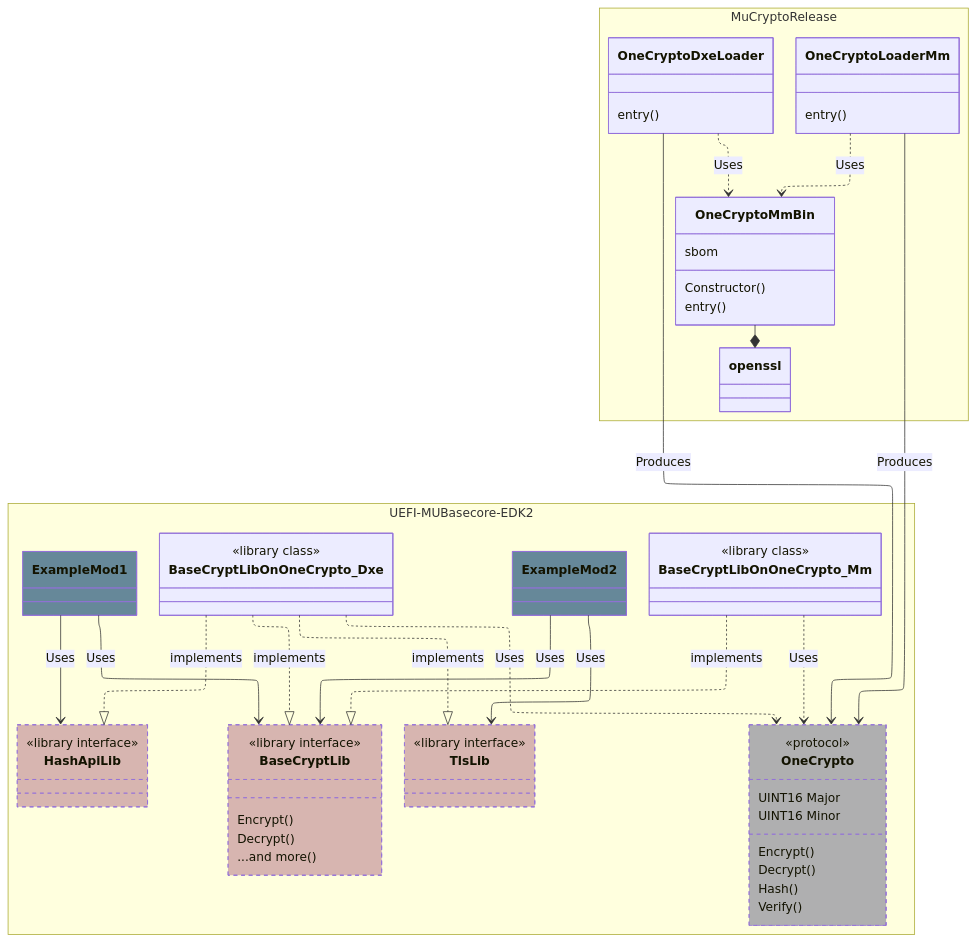
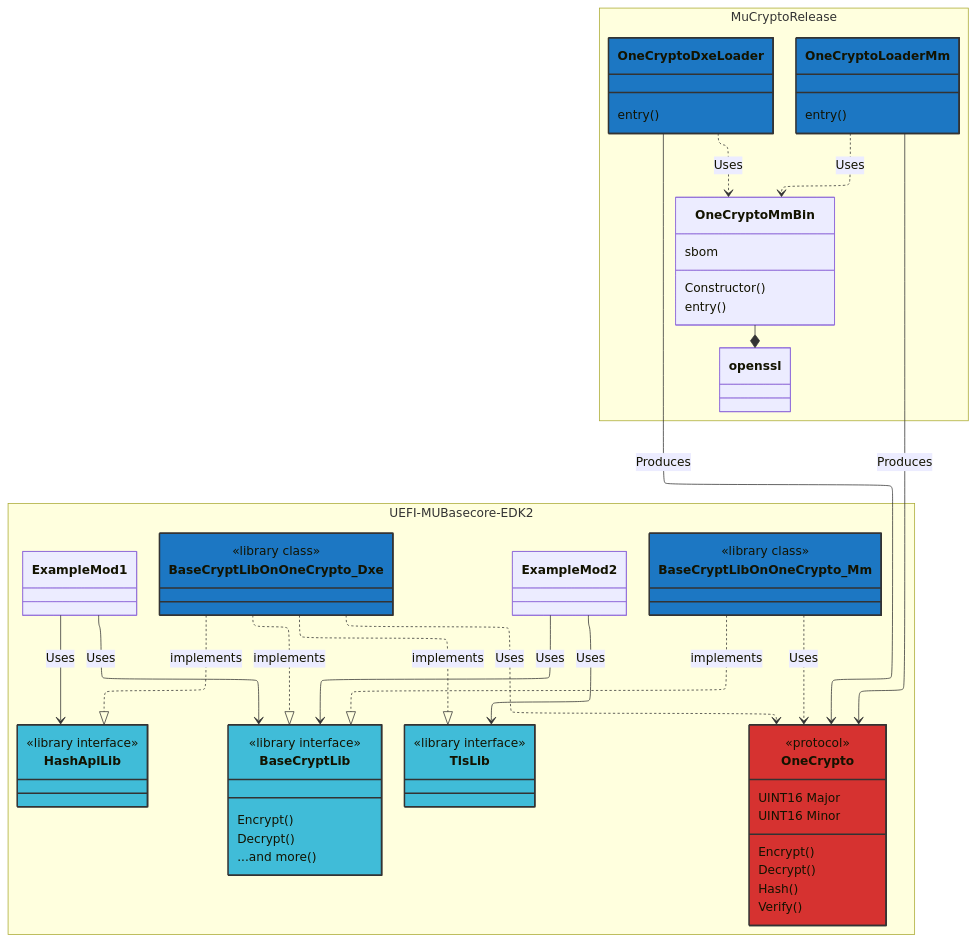
Before and after one commit to Flickdm/mu_crypto_release: the second of 6 diagrams in Docs/Architecture.md, drawn with Mermaid. The commit also changed other lines of this file, not shown here.

Commit message:
Updating document

````diff
--- a/Docs/Architecture.md
+++ b/Docs/Architecture.md
@@ -351,12 +351,12 @@
         <<library interface>>
     }
 
-    class BaseCryptLibOnOneCrypto_Mm {
+    class BaseCryptLibOnOneCrypto_Mm:::loader {
         <<library class>>
 
     }
 
-    class BaseCryptLibOnOneCrypto_Dxe {
+    class BaseCryptLibOnOneCrypto_Dxe:::loader {
         <<library class>>
 
     }
@@ -384,11 +384,11 @@
 
     }
 
-    class OneCryptoDxeLoader {
+    class OneCryptoDxeLoader:::binary {
         entry()  
     }
 
-    class OneCryptoLoaderMm {
+    class OneCryptoLoaderMm:::binary {
         entry()  
     }
   }
@@ -420,9 +420,11 @@
 
   OneCryptoMmBin --* openssl
 
-  classDef libinterface fill:#8255,stroke-dasharray: 5 5
-  classDef protocolinterface fill:#1155,stroke-dasharray: 5 5
-  classDef example fill:#668899
-  classDef struct fill:#990055,stroke-dasharray: 5 5
+  classDef interface fill:#40bcd8,stroke:#333,stroke-width:2px
+  classDef protocol fill:#d63230,stroke:#333,stroke-width:2px
+  classDef loader fill:#1c77c3,stroke:#333,stroke-width:2px
+  classDef binary fill:#1c77c3,stroke:#333,stroke-width:2px
+  classDef provider fill:#ff8c00,stroke:#333,stroke-width:2px
+  classDef library fill:#40bcd8,stroke:#333,stroke-width:2px
 
 ```
````
